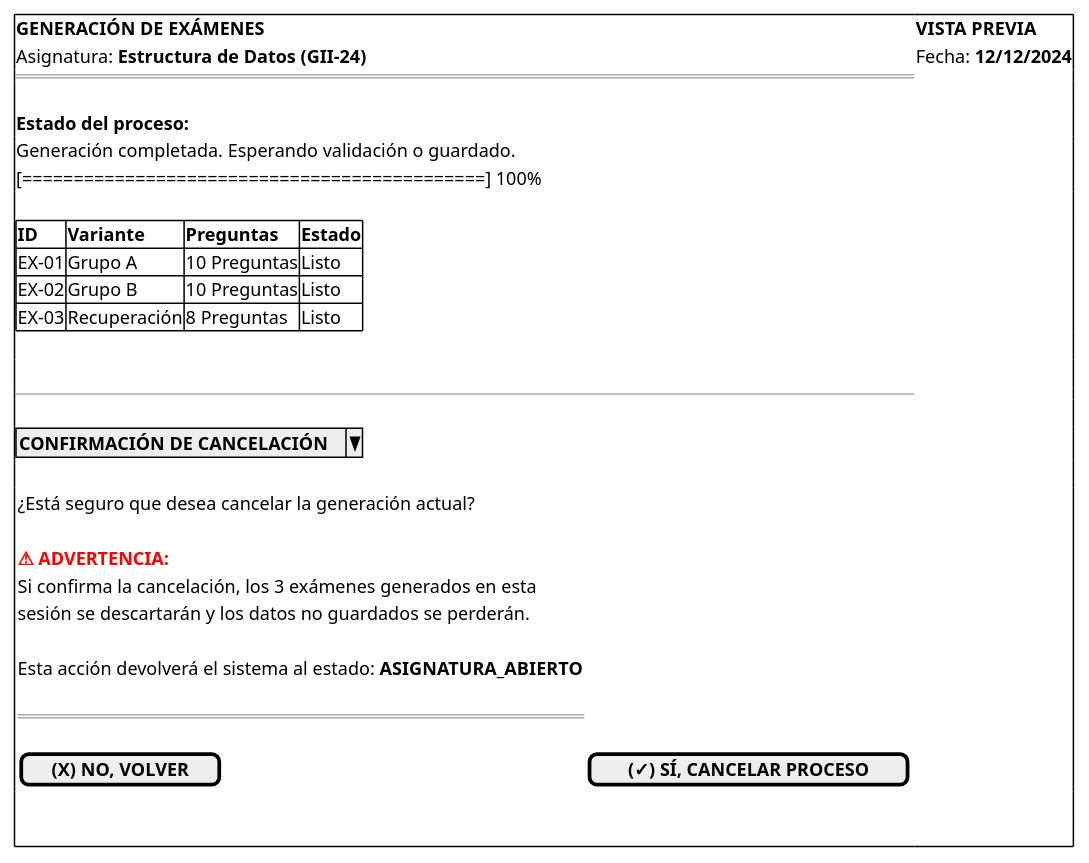
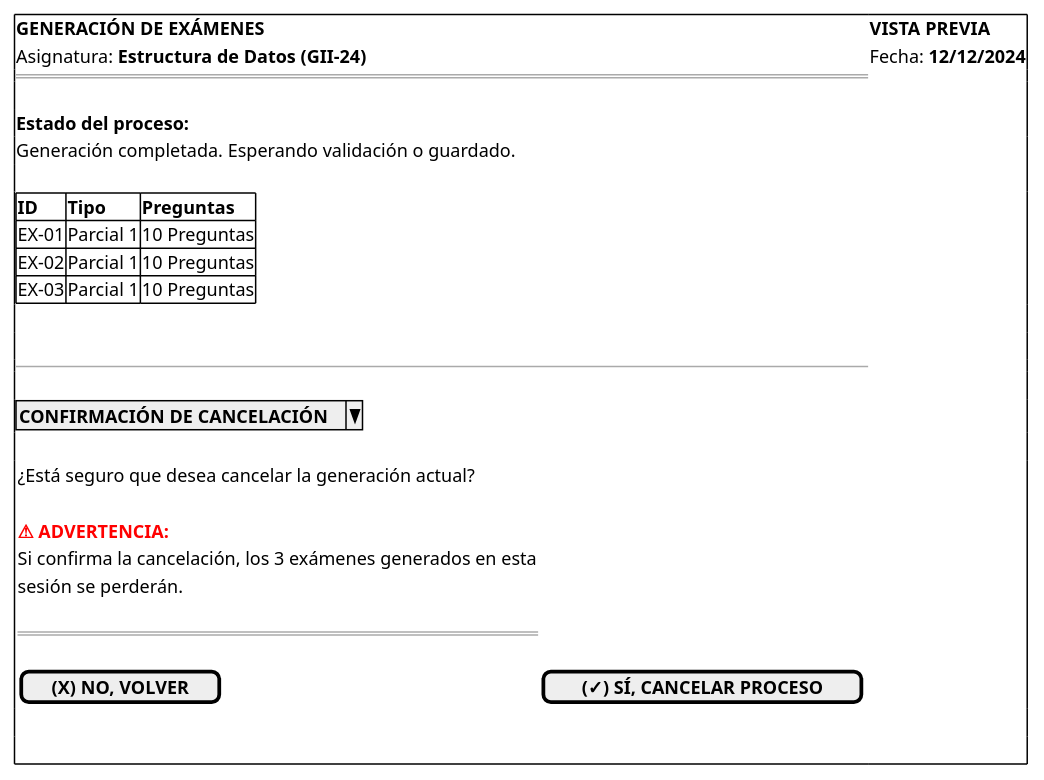
Before and after one commit to martinlopez7/25-26-IdSw1-SdR: the diagram in documents/casos-de-uso/prototipadoCasosDeUso/cancelarGeneracion/cancelarGeneracion.puml, drawn with PlantUML. The commit also changed 1 other file, not shown here.

```diff
--- a/documents/casos-de-uso/prototipadoCasosDeUso/cancelarGeneracion/cancelarGeneracion.puml
+++ b/documents/casos-de-uso/prototipadoCasosDeUso/cancelarGeneracion/cancelarGeneracion.puml
@@ -1,39 +1,36 @@
 @startsalt cancelarGeneracion_WIREFRAME
 {+
     <b>GENERACIÓN DE EXÁMENES | <b>VISTA PREVIA</b>
     Asignatura: <b>Estructura de Datos (GII-24)</b> | Fecha: <b>12/12/2024</b>
     ===
     .
     <b>Estado del proceso:</b>
     Generación completada. Esperando validación o guardado.
-    [=============================================] 100%
     .
     {#
-        <b>ID</b> | <b>Variante</b> | <b>Preguntas</b> | <b>Estado</b>
-        EX-01 | Grupo A | 10 Preguntas | Listo
-        EX-02 | Grupo B | 10 Preguntas | Listo
-        EX-03 | Recuperación | 8 Preguntas | Listo
+        <b>ID</b> | <b>Tipo</b> | <b>Preguntas</b>
+        EX-01 | Parcial 1 | 10 Preguntas
+        EX-02 | Parcial 1 | 10 Preguntas
+        EX-03 | Parcial 1 | 10 Preguntas
     }
     .
     .
     --
     .
     ^<b>CONFIRMACIÓN DE CANCELACIÓN</b>^
     .
     {
         ¿Está seguro que desea cancelar la generación actual?
         .
         <color:red><b>⚠ ADVERTENCIA:</b></color>
         Si confirma la cancelación, los 3 exámenes generados en esta
-        sesión se descartarán y los datos no guardados se perderán.
-        .
-        Esta acción devolverá el sistema al estado: <b>ASIGNATURA_ABIERTO</b>
+        sesión se perderán.
         .
         ====
         .
         [ <b>(X) NO, VOLVER</b> ] | [ <b>(✓) SÍ, CANCELAR PROCESO</b> ]
     }
     .
     .
 }
 @endsalt
```
